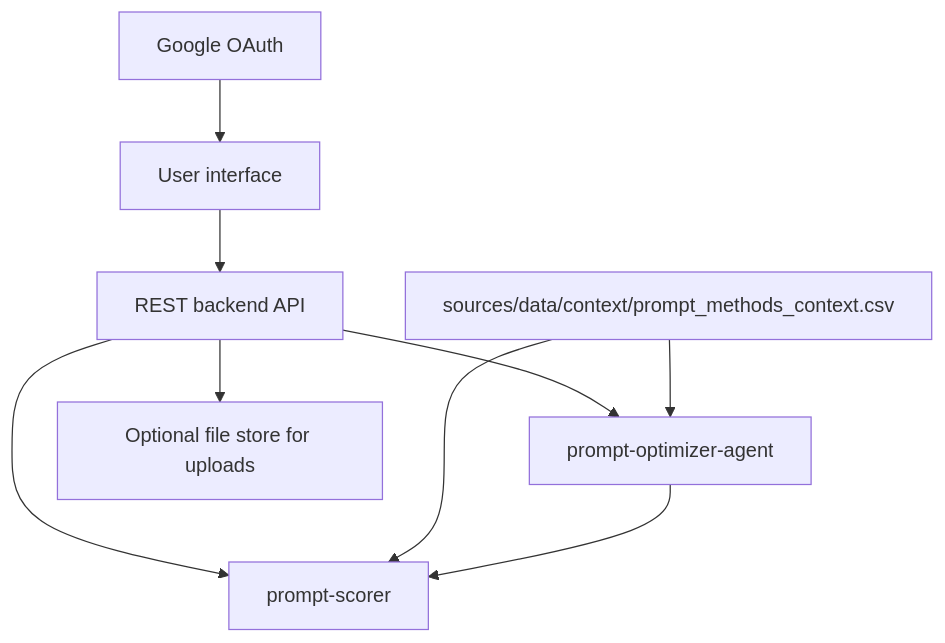
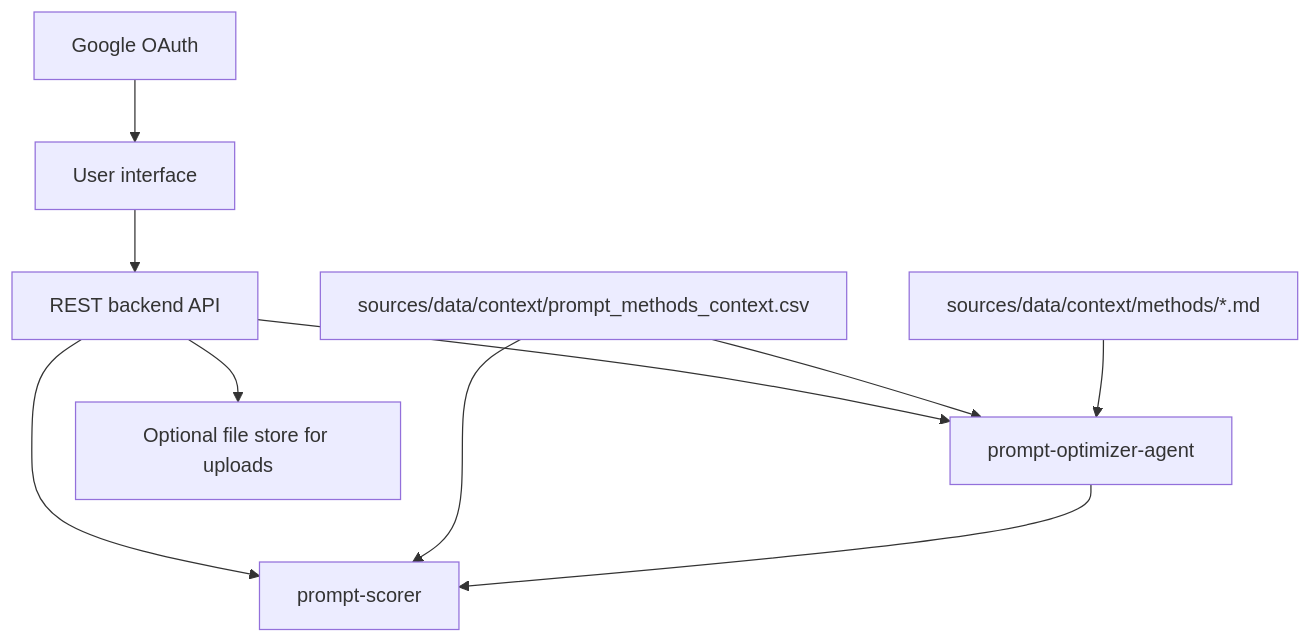
The diagram in docs/ai/design/feature-user-interface.md (trummelbummel/promptymize), drawn with Mermaid before and after one commit. The commit also changed other lines of this file and 26 other files, not shown here.

````diff
--- a/docs/ai/design/feature-user-interface.md
+++ b/docs/ai/design/feature-user-interface.md
@@ -13,12 +13,14 @@
 ```mermaid
 graph TD
   UI[User interface] --> API[REST backend API]
   Google[Google OAuth] --> UI
   API --> Agent[prompt-optimizer-agent]
   API --> Scorer[prompt-scorer]
   Ctx[sources/data/context/prompt_methods_context.csv]
+  Methods[sources/data/context/methods/*.md]
   Ctx --> Agent
+  Methods --> Agent
   Ctx --> Scorer
   API --> Store[Optional file store for uploads]
   Agent --> Scorer
 ```
````
